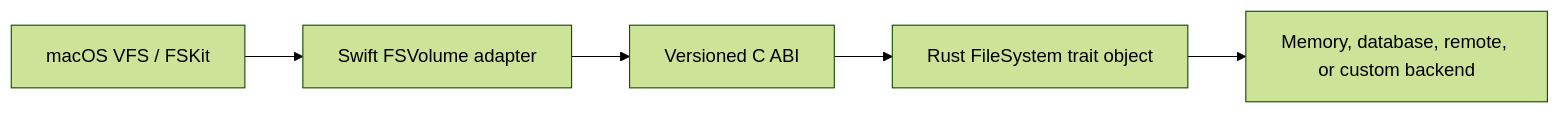
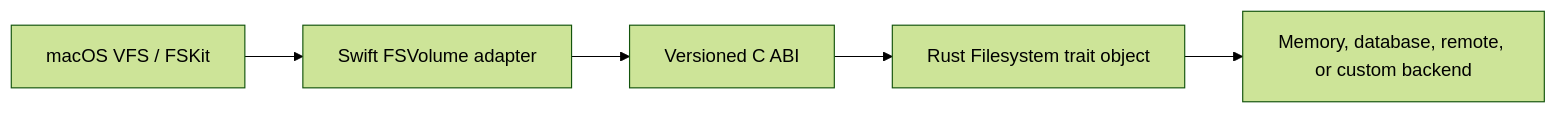
The diagram in README.md (specta-rs/fsk), drawn with Mermaid (forest theme) before and after one commit. The commit also changed other lines of this file and 2 other files, not shown here.

````diff
--- a/README.md
+++ b/README.md
@@ -106,7 +170,7 @@
 ```mermaid
 flowchart LR
     K["macOS VFS / FSKit"] --> S["Swift FSVolume adapter"]
     S --> C["Versioned C ABI"]
-    C --> R["Rust FileSystem trait object"]
+    C --> R["Rust Filesystem trait object"]
     R --> M["Memory, database, remote, or custom backend"]
 ```
````
